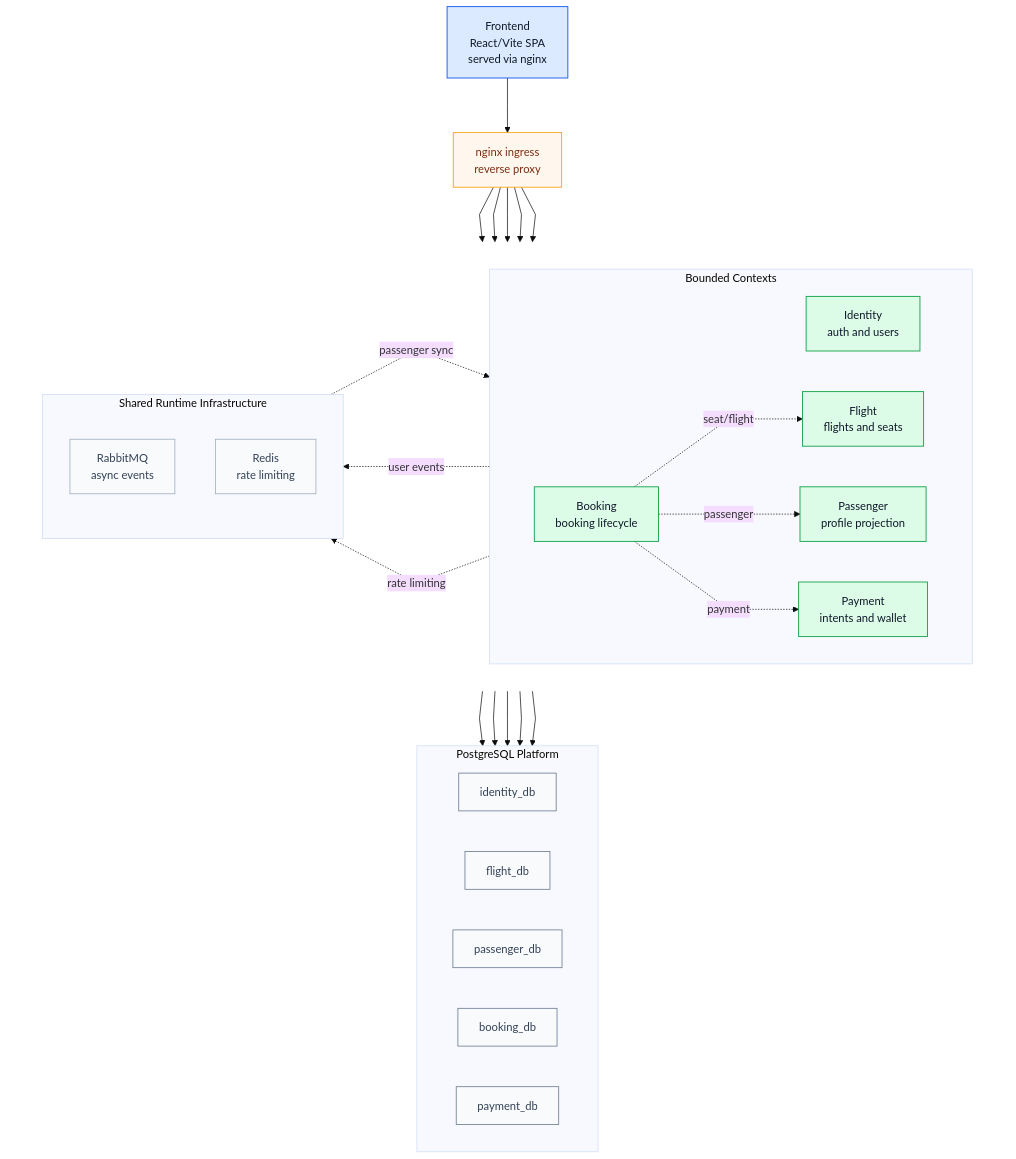
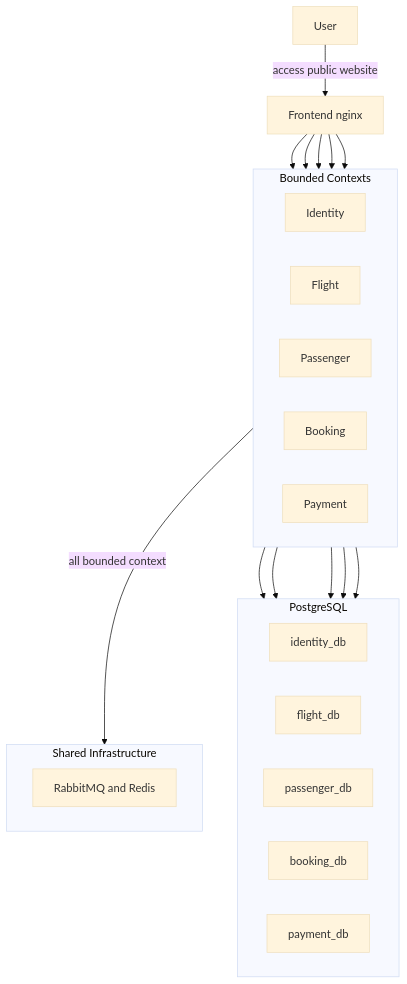
Before and after one commit to phucttg/travel_booking_microservice: the diagram in README.md, drawn with Mermaid (base theme). The commit also changed other lines of this file and 3 other files, not shown here.

````diff
--- a/README.md
+++ b/README.md
@@ -116,70 +116,43 @@
 ```mermaid
-%%{init: {'flowchart': {'curve': 'linear', 'nodeSpacing': 58, 'rankSpacing': 78}}}%%
 flowchart TB
-    FE["Frontend<br/>React/Vite SPA<br/>served via nginx"]
-    ING["nginx ingress<br/>reverse proxy"]
+    U["User"]
+    FE["Frontend nginx"]
 
-    subgraph LAYOUT[" "]
+    subgraph BC["Bounded Contexts"]
         direction LR
-
-        subgraph BC["Bounded Contexts"]
-            direction LR
-            ID["Identity<br/>auth and users"]
-            FL["Flight<br/>flights and seats"]
-            PA["Passenger<br/>profile projection"]
-            BO["Booking<br/>booking lifecycle"]
-            PY["Payment<br/>intents and wallet"]
-        end
-
-        subgraph INFRA["Shared Runtime Infrastructure"]
-            direction TB
-            MQ["RabbitMQ<br/>async events"]
-            RD["Redis<br/>rate limiting"]
-        end
+        ID["Identity"]
+        FL["Flight"]
+        PA["Passenger"]
+        BO["Booking"]
+        PY["Payment"]
     end
 
-    subgraph DATA["PostgreSQL Platform"]
+    subgraph INFRA["Shared Infrastructure"]
+        MQ["RabbitMQ and Redis"]
+    end
+
+    subgraph DB["PostgreSQL"]
         direction LR
         IDDB["identity_db"]
         FLDB["flight_db"]
         PADB["passenger_db"]
         BODB["booking_db"]
         PYDB["payment_db"]
     end
 
-    FE --> ING
+    U -->|access public website| FE
 
-    ING --> ID
-    ING --> FL
-    ING --> PA
-    ING --> BO
-    ING --> PY
+    FE --> ID
+    FE --> FL
+    FE --> PA
+    FE --> BO
+    FE --> PY
 
     ID --> IDDB
     FL --> FLDB
     PA --> PADB
     BO --> BODB
     PY --> PYDB
 
-    ID -. user events .-> MQ
-    MQ -. passenger sync .-> PA
-
-    BO -. seat/flight .-> FL
-    BO -. passenger .-> PA
-    BO -. payment .-> PY
-    BO -. rate limiting .-> RD
-
-    classDef frontend fill:#DBEAFE,stroke:#2563EB,stroke-width:1.4px,color:#0F172A;
-    classDef access fill:#FFF7ED,stroke:#F59E0B,stroke-width:1.2px,color:#7C2D12;
-    classDef service fill:#DCFCE7,stroke:#16A34A,stroke-width:1.3px,color:#0F172A;
-    classDef data fill:#F8FAFC,stroke:#64748B,stroke-width:1.1px,color:#334155;
-    classDef infra fill:#F8FAFC,stroke:#94A3B8,stroke-width:1px,color:#334155;
-
-    class FE frontend;
-    class ING access;
-    class ID,FL,PA,BO,PY service;
-    class IDDB,FLDB,PADB,BODB,PYDB data;
-    class MQ,RD infra;
-
-    style LAYOUT fill:transparent,stroke:transparent;
+    BC -->|all bounded context| INFRA
 ```
````
